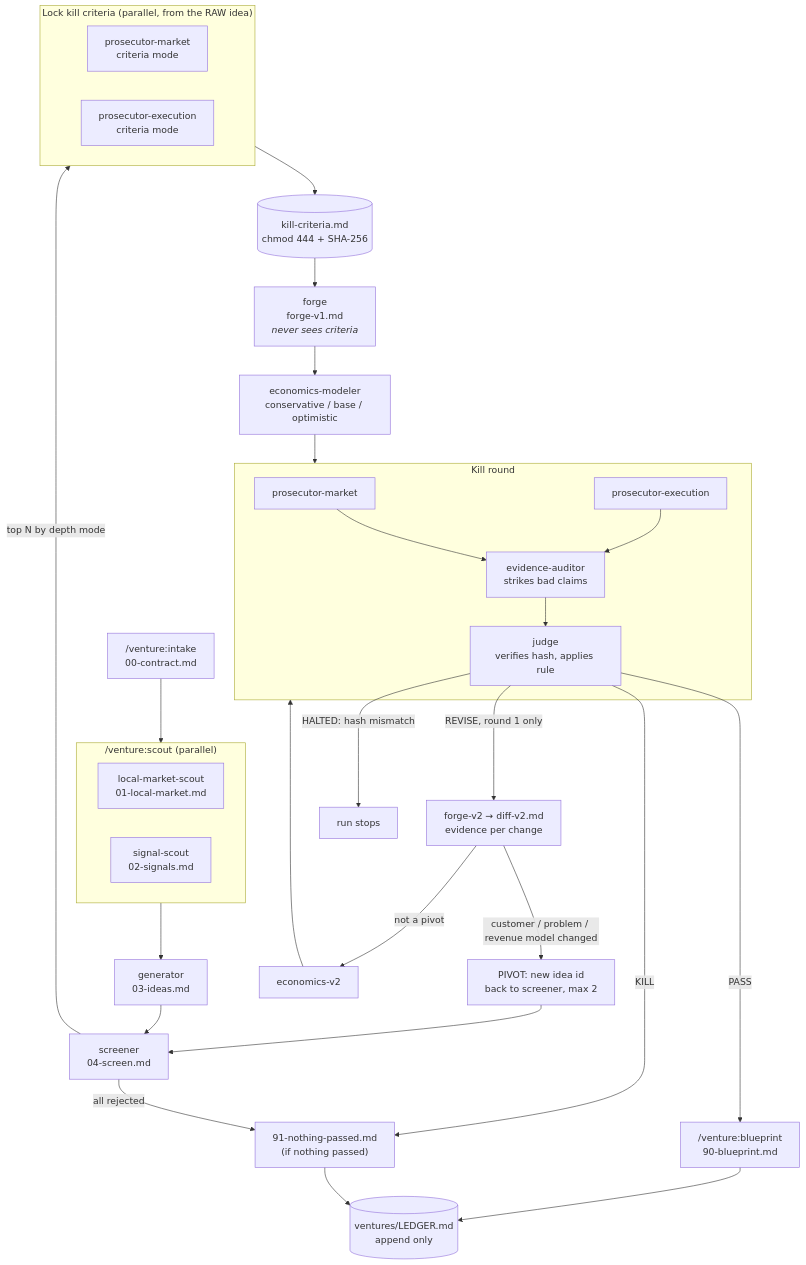
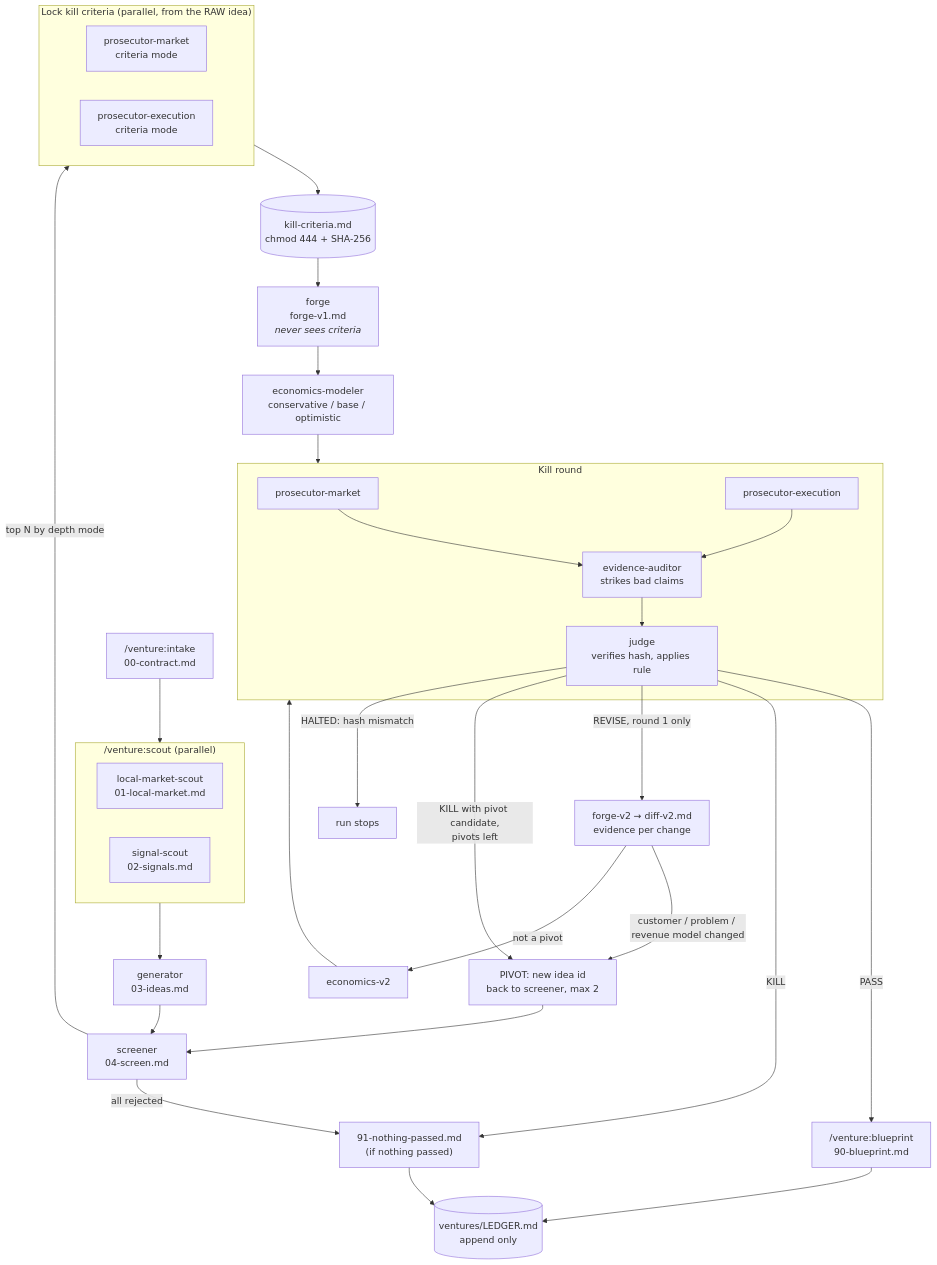
One commit to ansharora2028-spec/founders-lab changed the diagram in README.md. Above: the diagram before and after it, drawn with Mermaid. The commit also changed other lines of this file and 28 other files, not shown here.

First line of the commit message:
v0.2.0: judge pivot candidate, quick carries 2, judge Bash guard hook, CI

````diff
--- a/README.md
+++ b/README.md
@@ -107,36 +108,37 @@
 ```mermaid
 flowchart TD
     A["/venture:intake<br/>00-contract.md"] --> B
     subgraph B["/venture:scout (parallel)"]
         B1[local-market-scout<br/>01-local-market.md]
         B2[signal-scout<br/>02-signals.md]
     end
     B --> C[generator<br/>03-ideas.md]
     C --> D[screener<br/>04-screen.md]
     D -->|top N by depth mode| E
     D -->|all rejected| N
     subgraph E["Lock kill criteria (parallel, from the RAW idea)"]
         E1[prosecutor-market<br/>criteria mode]
         E2[prosecutor-execution<br/>criteria mode]
     end
     E --> L[(kill-criteria.md<br/>chmod 444 + SHA-256)]
     L --> F[forge<br/>forge-v1.md<br/><i>never sees criteria</i>]
     F --> G[economics-modeler<br/>conservative / base / optimistic]
     G --> K
     subgraph K["Kill round"]
         K1[prosecutor-market]
         K2[prosecutor-execution]
         K1 --> K3[evidence-auditor<br/>strikes bad claims]
         K2 --> K3
         K3 --> K4[judge<br/>verifies hash, applies rule]
     end
     K4 -->|PASS| P["/venture:blueprint<br/>90-blueprint.md"]
     K4 -->|KILL| N["91-nothing-passed.md<br/>(if nothing passed)"]
     K4 -->|REVISE, round 1 only| R[forge-v2 → diff-v2.md<br/>evidence per change]
     R -->|customer / problem / revenue model changed| PV[PIVOT: new idea id<br/>back to screener, max 2]
+    K4 -->|KILL with pivot candidate,<br/>pivots left| PV
     PV --> D
     R -->|not a pivot| G2[economics-v2] --> K
     K4 -->|HALTED: hash mismatch| H[run stops]
     P --> LG[(ventures/LEDGER.md<br/>append only)]
     N --> LG
 ```
````
